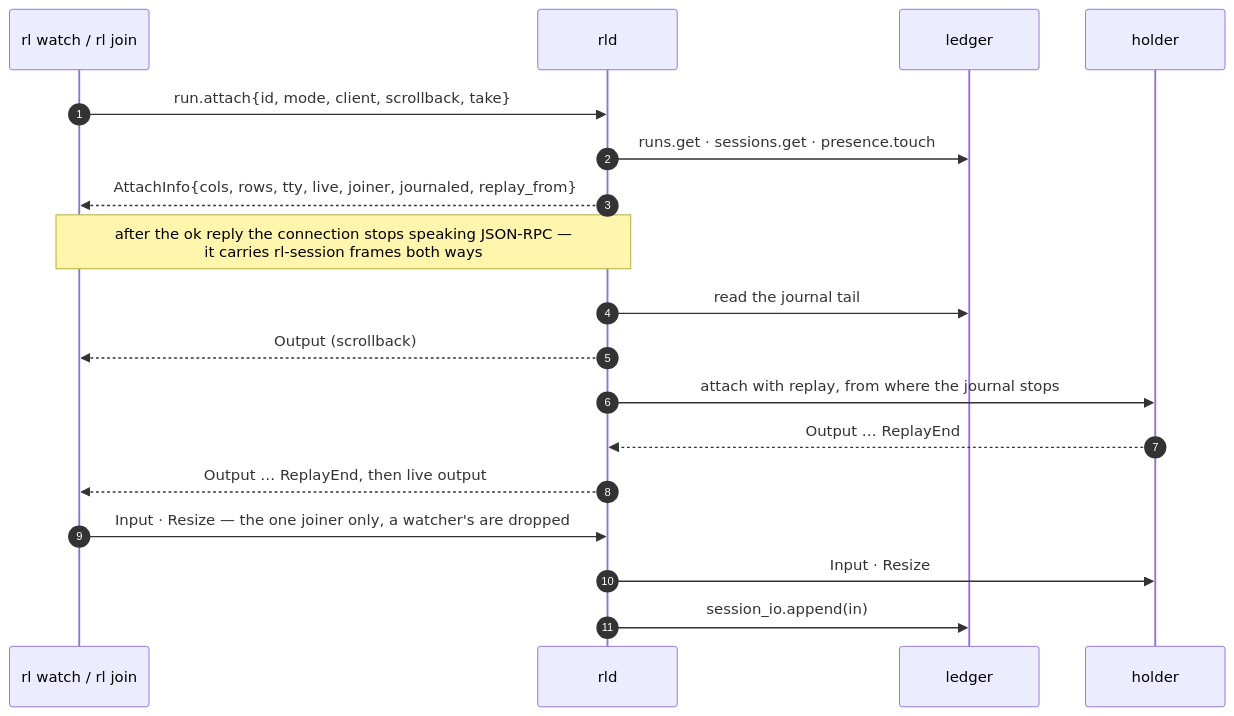
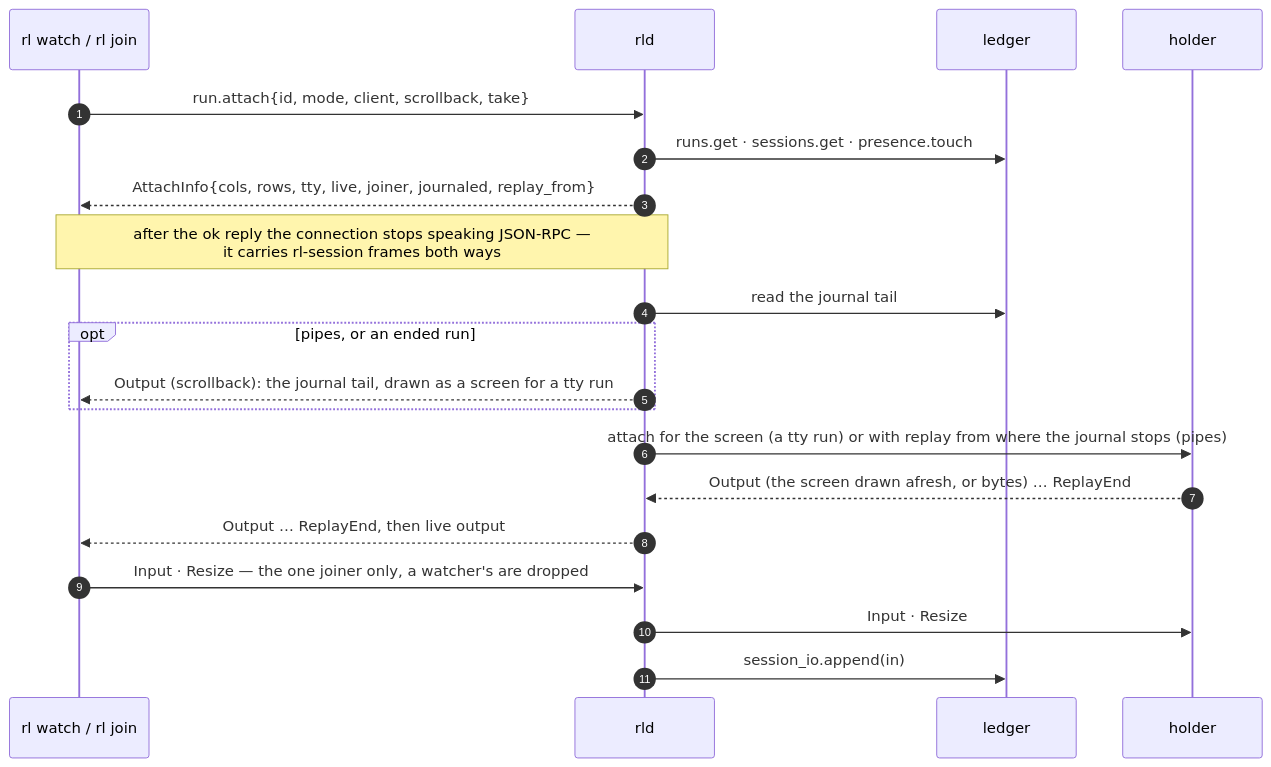
The fourth of 6 diagrams in docs/ARCHITECTURE.md (instilled/relay), drawn with Mermaid before and after one commit. The commit also changed other lines of this file and 6 other files, not shown here.

Commit message:
Watching or joining a terminal run draws its screen once; the repaint nudge goes

````diff
--- a/docs/ARCHITECTURE.md
+++ b/docs/ARCHITECTURE.md
@@ -199,23 +199,25 @@
 ```mermaid
 sequenceDiagram
     autonumber
     participant V as rl watch / rl join
     participant D as rld
     participant L as ledger
     participant S as holder
 
     V->>D: run.attach{id, mode, client, scrollback, take}
     D->>L: runs.get · sessions.get · presence.touch
     D-->>V: AttachInfo{cols, rows, tty, live, joiner, journaled, replay_from}
     Note over V,D: after the ok reply the connection stops speaking JSON-RPC —<br/>it carries rl-session frames both ways
 
     D->>L: read the journal tail
-    D-->>V: Output (scrollback)
-    D->>S: attach with replay, from where the journal stops
-    S-->>D: Output … ReplayEnd
+    opt pipes, or an ended run
+        D-->>V: Output (scrollback): the journal tail, drawn as a screen for a tty run
+    end
+    D->>S: attach for the screen (a tty run) or with replay from where the journal stops (pipes)
+    S-->>D: Output (the screen drawn afresh, or bytes) … ReplayEnd
     D-->>V: Output … ReplayEnd, then live output
 
     V->>D: Input · Resize — the one joiner only, a watcher's are dropped
     D->>S: Input · Resize
     D->>L: session_io.append(in)
 ```
````
